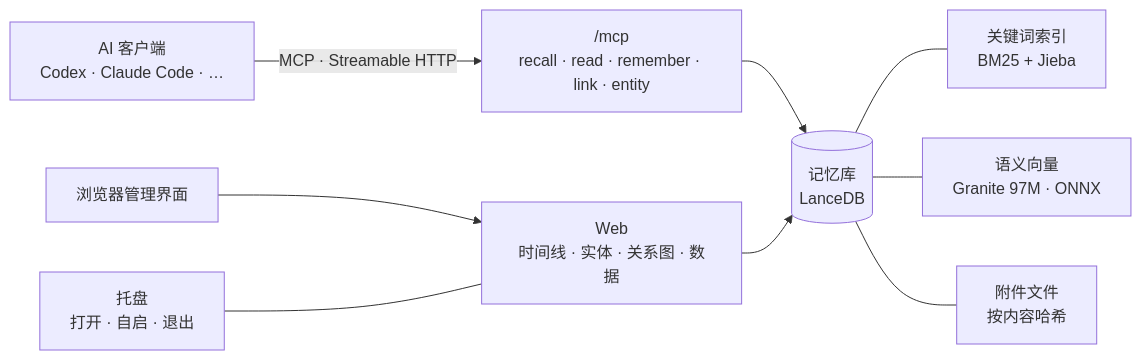
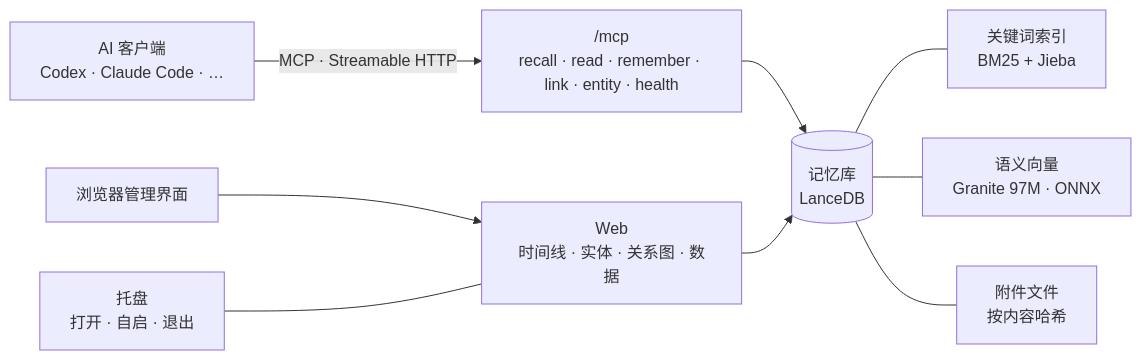
Before and after one commit to danchar12138/recallport: the diagram in README.md, drawn with Mermaid. The commit also changed other lines of this file and 26 other files, not shown here.

Commit message:
feat: v0.5.0 检索会说没找到、多说法检索、更正折叠、health 与会话摘要、备份带向量、自动备份、概览日历与更正时间线、实体图分组

````diff
--- a/README.md
+++ b/README.md
@@ -142,11 +144,11 @@
 ```mermaid
 flowchart LR
-  C["AI 客户端<br/>Codex · Claude Code · …"] -- "MCP · Streamable HTTP" --> M["/mcp<br/>recall · read · remember · link · entity"]
+  C["AI 客户端<br/>Codex · Claude Code · …"] -- "MCP · Streamable HTTP" --> M["/mcp<br/>recall · read · remember · link · entity · health"]
   B["浏览器管理界面"] --> W["Web<br/>时间线 · 实体 · 关系图 · 数据"]
   T["托盘<br/>打开 · 自启 · 退出"] --- W
   M --> S[("记忆库<br/>LanceDB")]
   W --> S
   S --- K["关键词索引<br/>BM25 + Jieba"]
   S --- V["语义向量<br/>Granite 97M · ONNX"]
   S --- F["附件文件<br/>按内容哈希"]
 ```
````
